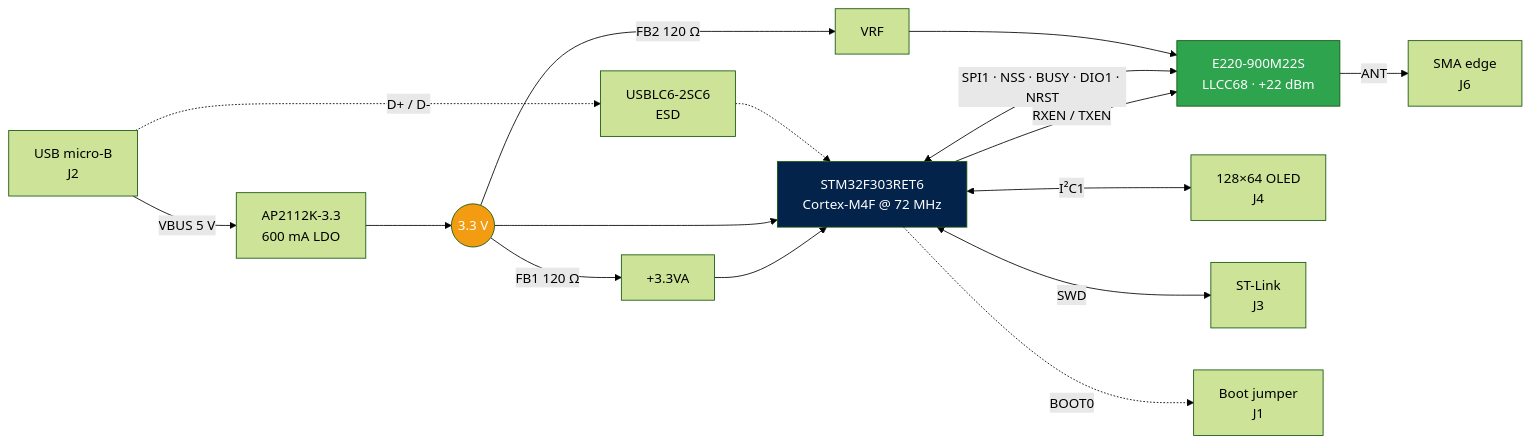
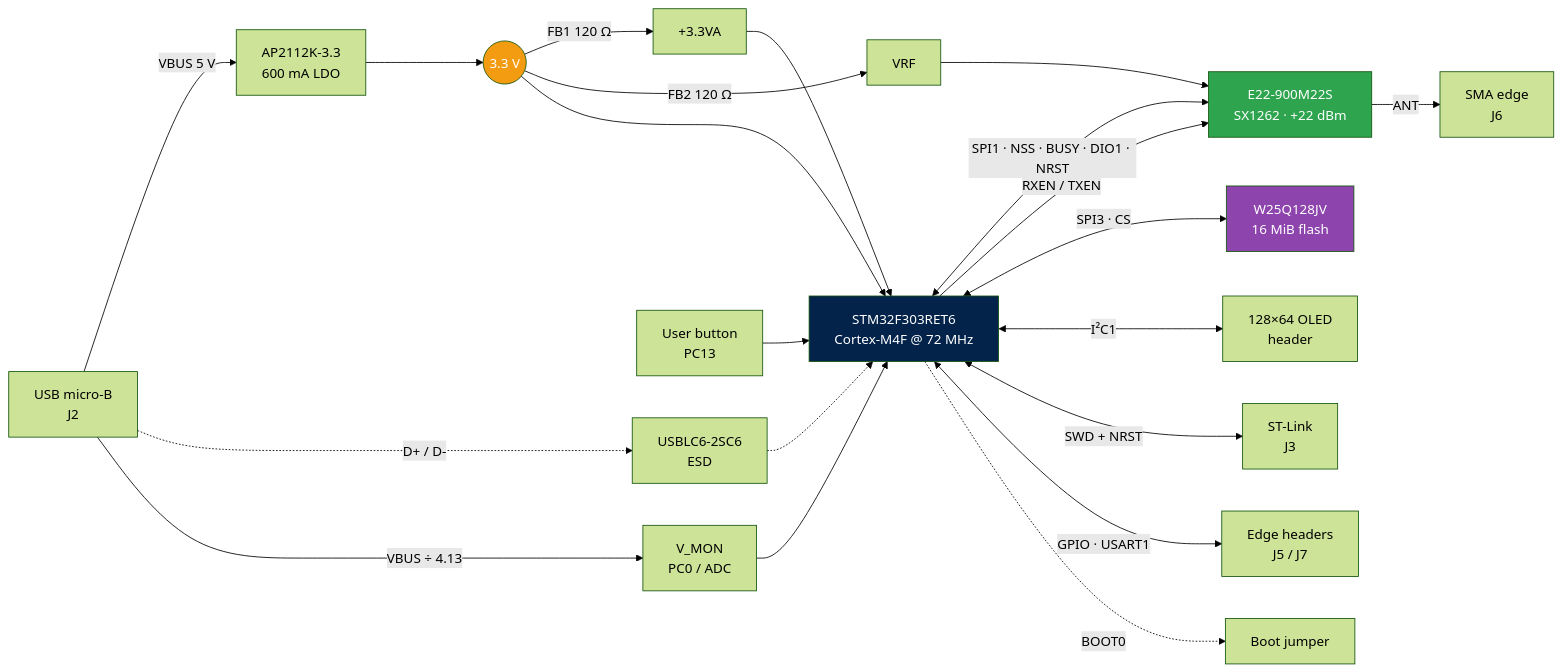
Before and after one commit to StringLess80/IRIS-868: the diagram in README.md, drawn with Mermaid (forest theme). The commit also changed other lines of this file, not shown here.

````diff
--- a/README.md
+++ b/README.md
@@ -71,26 +87,32 @@
 ```mermaid
 flowchart LR
     USB["USB micro-B<br/>J2"] -->|VBUS 5 V| LDO["AP2112K-3.3<br/>600 mA LDO"]
     USB -.->|"D+ / D-"| ESD["USBLC6-2SC6<br/>ESD"]
     ESD -.-> MCU
+    USB -->|"VBUS ÷ 4.13"| VMON["V_MON<br/>PC0 / ADC"]
+    VMON --> MCU
 
     LDO --> RAIL(("3.3 V"))
     RAIL -->|"FB1 120 Ω"| VDDA["+3.3VA"]
     RAIL -->|"FB2 120 Ω"| VRF["VRF"]
     RAIL --> MCU
     VDDA --> MCU
     VRF --> MOD
 
     MCU["STM32F303RET6<br/>Cortex-M4F @ 72 MHz"]
-    MCU <-->|"SPI1 · NSS · BUSY · DIO1 · NRST"| MOD["E220-900M22S<br/>LLCC68 · +22 dBm"]
+    MCU <-->|"SPI1 · NSS · BUSY · DIO1 · NRST"| MOD["E22-900M22S<br/>SX1262 · +22 dBm"]
     MCU -->|"RXEN / TXEN"| MOD
     MOD -->|ANT| SMA["SMA edge<br/>J6"]
 
-    MCU <-->|"I²C1"| OLED["128×64 OLED<br/>J4"]
-    MCU <-->|SWD| DBG["ST-Link<br/>J3"]
-    MCU -.->|BOOT0| JMP["Boot jumper<br/>J1"]
+    MCU <-->|"SPI3 · CS"| FLASH["W25Q128JV<br/>16 MiB flash"]
+    MCU <-->|"I²C1"| OLED["128×64 OLED<br/>header"]
+    MCU <-->|"SWD + NRST"| DBG["ST-Link<br/>J3"]
+    MCU <-->|"GPIO · USART1"| HDR["Edge headers<br/>J5 / J7"]
+    BTN["User button<br/>PC13"] --> MCU
+    MCU -.->|BOOT0| JMP["Boot jumper"]
 
     style MCU fill:#03234B,color:#fff
     style MOD fill:#2ea44f,color:#fff
+    style FLASH fill:#8e44ad,color:#fff
     style RAIL fill:#f39c12,color:#fff
 ```
````
